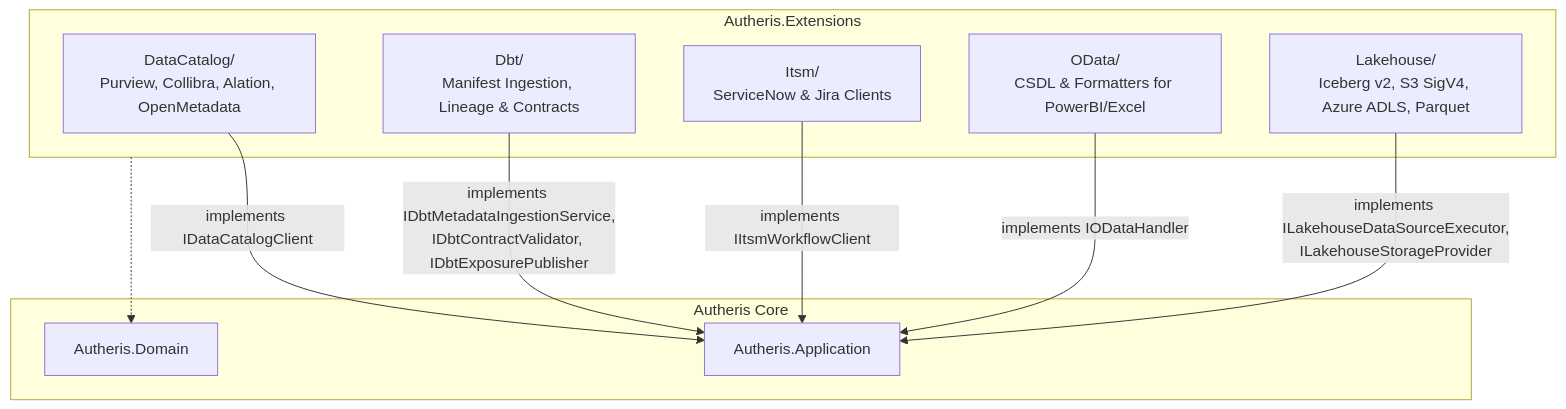
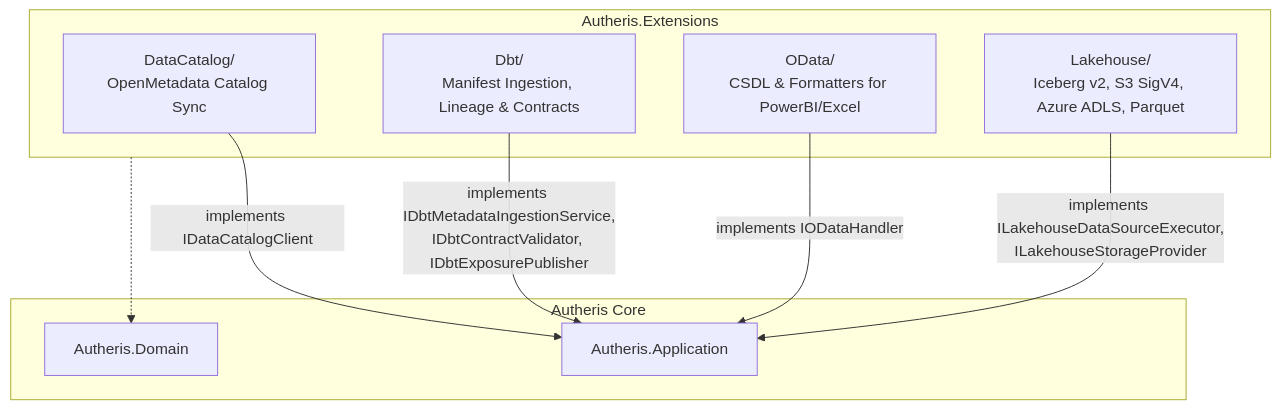
One commit to themulle/autheris changed the diagram in docs/extensions/architecture-overview.md. Above: the diagram before and after it, drawn with Mermaid. The commit also changed other lines of this file and 208 other files, not shown here.

Commit message:
feat(simpl-12): delete catalog vendor connectors, Backstage, ITSM, and break-glass

````diff
--- a/docs/extensions/architecture-overview.md
+++ b/docs/extensions/architecture-overview.md
@@ -24,22 +24,20 @@
 ```mermaid
 graph TD
     subgraph CoreGateway ["Autheris Core"]
         CoreDomain["Autheris.Domain"]
         CoreApp["Autheris.Application"]
     end
 
     subgraph Extensions ["Autheris.Extensions"]
-        DC["DataCatalog/<br/>Purview, Collibra, Alation, OpenMetadata"]
+        DC["DataCatalog/<br/>OpenMetadata Catalog Sync"]
         DBT["Dbt/<br/>Manifest Ingestion, Lineage & Contracts"]
-        ITSM["Itsm/<br/>ServiceNow & Jira Clients"]
         ODATA["OData/<br/>CSDL & Formatters for PowerBI/Excel"]
         LAKE["Lakehouse/<br/>Iceberg v2, S3 SigV4, Azure ADLS, Parquet"]
     end
 
     DC -->|implements IDataCatalogClient| CoreApp
     DBT -->|implements IDbtMetadataIngestionService,<br/>IDbtContractValidator, IDbtExposurePublisher| CoreApp
-    ITSM -->|implements IItsmWorkflowClient| CoreApp
     ODATA -->|implements IODataHandler| CoreApp
     LAKE -->|implements ILakehouseDataSourceExecutor,<br/>ILakehouseStorageProvider| CoreApp
     Extensions -.-> CoreDomain
 ```
````
